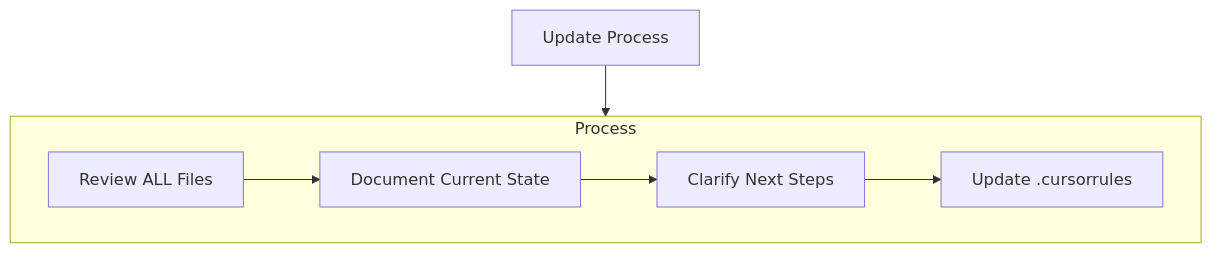
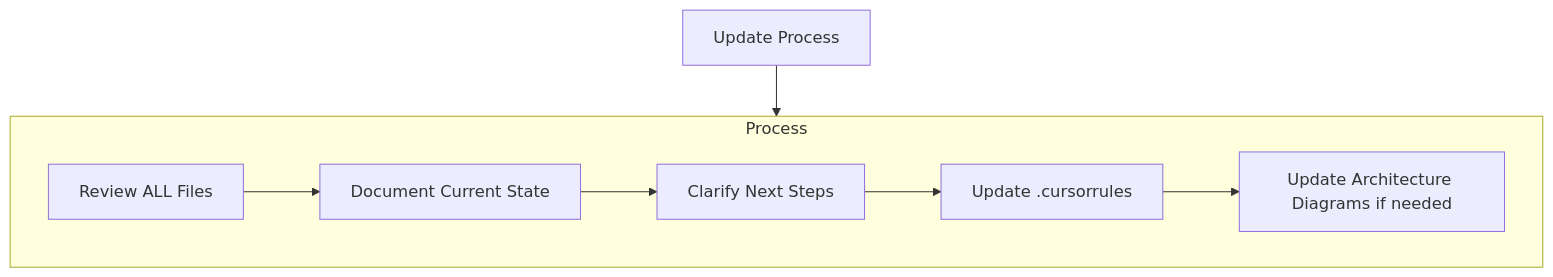
One commit to ChrisMcKee1/AI-Assisted-Coding changed the fourth of 5 diagrams in memorybank.md. Above: the diagram before and after it, drawn with Mermaid. The commit also changed other lines of this file, not shown here.

````diff
--- a/memorybank.md
+++ b/memorybank.md
@@ -101,15 +111,16 @@
 ```mermaid
 flowchart TD
     Start[Update Process]
     
     subgraph Process
         P1[Review ALL Files]
         P2[Document Current State]
         P3[Clarify Next Steps]
         P4[Update .cursorrules]
+        P5[Update Architecture Diagrams if needed]
         
-        P1 --> P2 --> P3 --> P4
+        P1 --> P2 --> P3 --> P4 --> P5
     end
     
     Start --> Process
 ```
````
